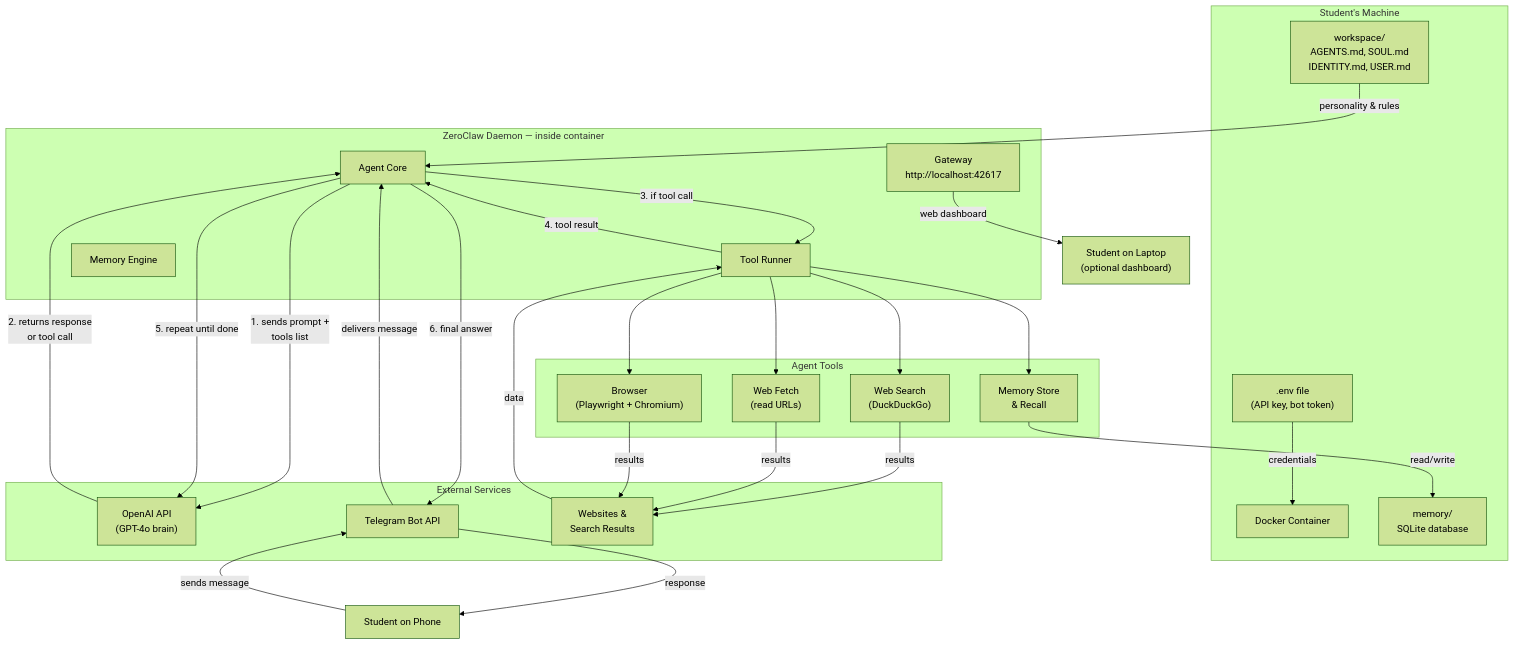
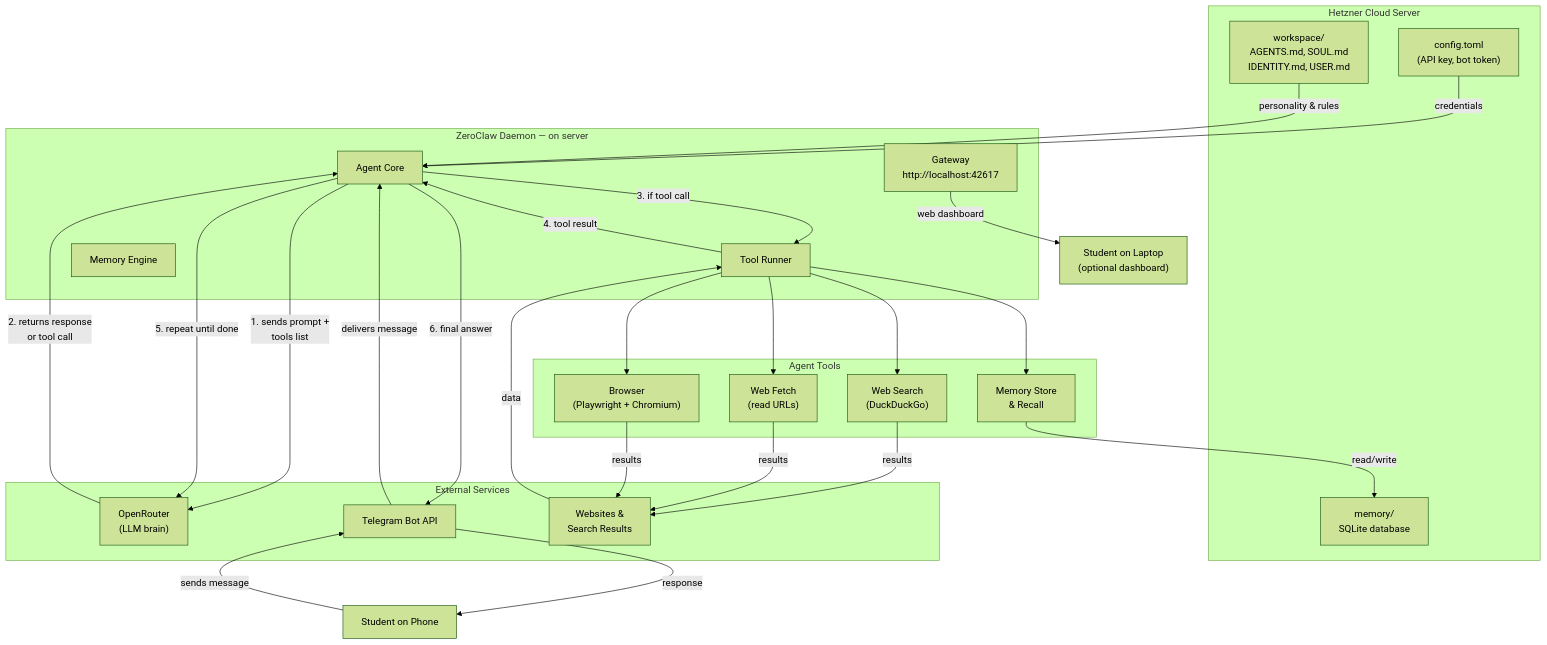
Before and after one commit to byrash/agents-course: the first of 3 diagrams in COURSE_PLAN.md, drawn with Mermaid (forest theme). The commit also changed other lines of this file and 26 other files, not shown here.

Commit message:
Remove unused configuration files and Docker setup; update README with new deployment instructions for student AI agents on Hetzner Cloud.

````diff
--- a/COURSE_PLAN.md
+++ b/COURSE_PLAN.md
@@ -262,58 +330,57 @@
 ```mermaid
 flowchart TD
-    subgraph student [Student's Machine]
-        Docker["Docker Container"]
-        Config[".env file\n(API key, bot token)"]
+    subgraph student [Hetzner Cloud Server]
+        Config["config.toml\n(API key, bot token)"]
         Workspace["workspace/\nAGENTS.md, SOUL.md\nIDENTITY.md, USER.md"]
         Memory["memory/\nSQLite database"]
     end
 
-    subgraph zeroclawDaemon [ZeroClaw Daemon — inside container]
+    subgraph zeroclawDaemon [ZeroClaw Daemon — on server]
         Gateway["Gateway\nhttp://localhost:42617"]
         AgentCore["Agent Core"]
         ToolRunner["Tool Runner"]
         MemoryEngine["Memory Engine"]
     end
 
     subgraph tools [Agent Tools]
         WebSearch["Web Search\n(DuckDuckGo)"]
         WebFetch["Web Fetch\n(read URLs)"]
         Browser["Browser\n(Playwright + Chromium)"]
         MemoryTool["Memory Store\n& Recall"]
     end
 
     subgraph external [External Services]
-        OpenAI["OpenAI API\n(GPT-4o brain)"]
+        OpenAI["OpenRouter\n(LLM brain)"]
         TelegramAPI["Telegram Bot API"]
         Internet["Websites &\nSearch Results"]
     end
 
     Student["Student on Phone"] -->|sends message| TelegramAPI
     TelegramAPI -->|delivers message| AgentCore
 
-    Config -->|credentials| Docker
+    Config -->|credentials| AgentCore
     Workspace -->|personality & rules| AgentCore
 
     AgentCore -->|"1. sends prompt +\ntools list"| OpenAI
     OpenAI -->|"2. returns response\nor tool call"| AgentCore
 
     AgentCore -->|"3. if tool call"| ToolRunner
     ToolRunner --> WebSearch
     ToolRunner --> WebFetch
     ToolRunner --> Browser
     ToolRunner --> MemoryTool
 
     WebSearch -->|results| Internet
     WebFetch -->|results| Internet
     Browser -->|results| Internet
     MemoryTool -->|read/write| Memory
 
     Internet -->|data| ToolRunner
     ToolRunner -->|"4. tool result"| AgentCore
     AgentCore -->|"5. repeat until done"| OpenAI
 
     AgentCore -->|"6. final answer"| TelegramAPI
     TelegramAPI -->|response| Student
 
     Gateway -->|web dashboard| StudentBrowser["Student on Laptop\n(optional dashboard)"]
 ```
````
